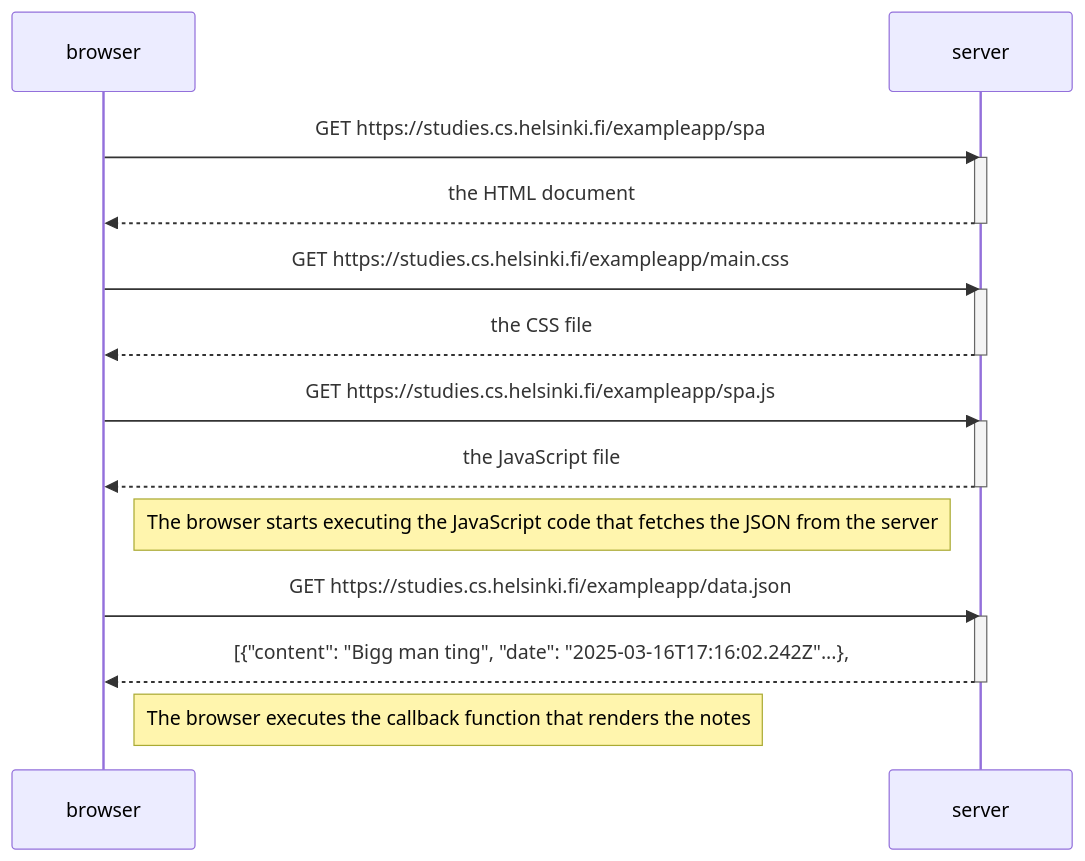
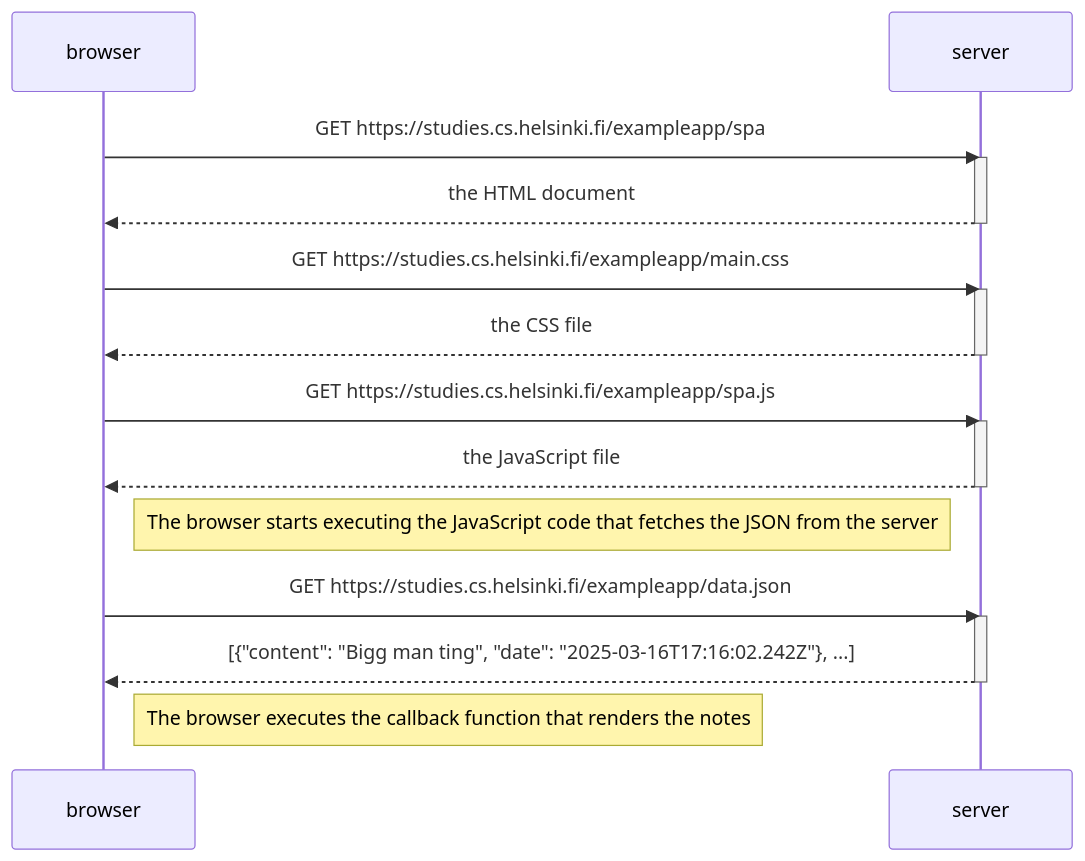
One commit to hatakeyamayuri/Fullstack-Course changed the diagram in 0-5:Single-page-app-diagram.md. Above: the diagram before and after it, drawn with Mermaid. The commit also changed 2 other files, not shown here.

Commit message:
Fixed typo regarding ...

````diff
--- a/0-5:Single-page-app-diagram.md
+++ b/0-5:Single-page-app-diagram.md
@@ -1,29 +1,29 @@
 ```mermaid
 sequenceDiagram
     participant browser
     participant server
 
     browser->>server: GET https://studies.cs.helsinki.fi/exampleapp/spa
     activate server
     server-->>browser: the HTML document
     deactivate server
 
     browser->>server: GET https://studies.cs.helsinki.fi/exampleapp/main.css
     activate server
     server-->>browser: the CSS file
     deactivate server
 
     browser->>server: GET https://studies.cs.helsinki.fi/exampleapp/spa.js
     activate server
     server-->>browser: the JavaScript file
     deactivate server
 
     Note right of browser: The browser starts executing the JavaScript code that fetches the JSON from the server
 
     browser->>server: GET https://studies.cs.helsinki.fi/exampleapp/data.json
     activate server
-    server-->>browser: [{"content": "Bigg man ting", "date": "2025-03-16T17:16:02.242Z"...},
+    server-->>browser: [{"content": "Bigg man ting", "date": "2025-03-16T17:16:02.242Z"}, ...]
     deactivate server
 
     Note right of browser: The browser executes the callback function that renders the notes
 ```
````
